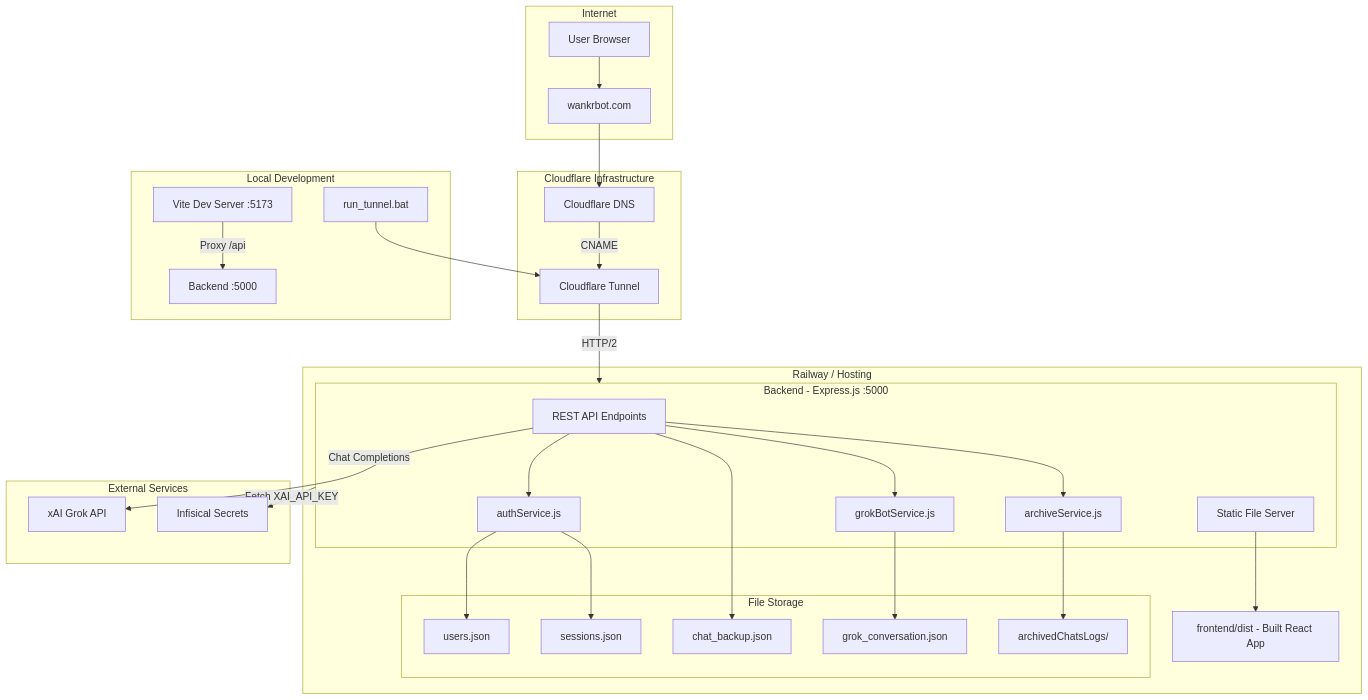
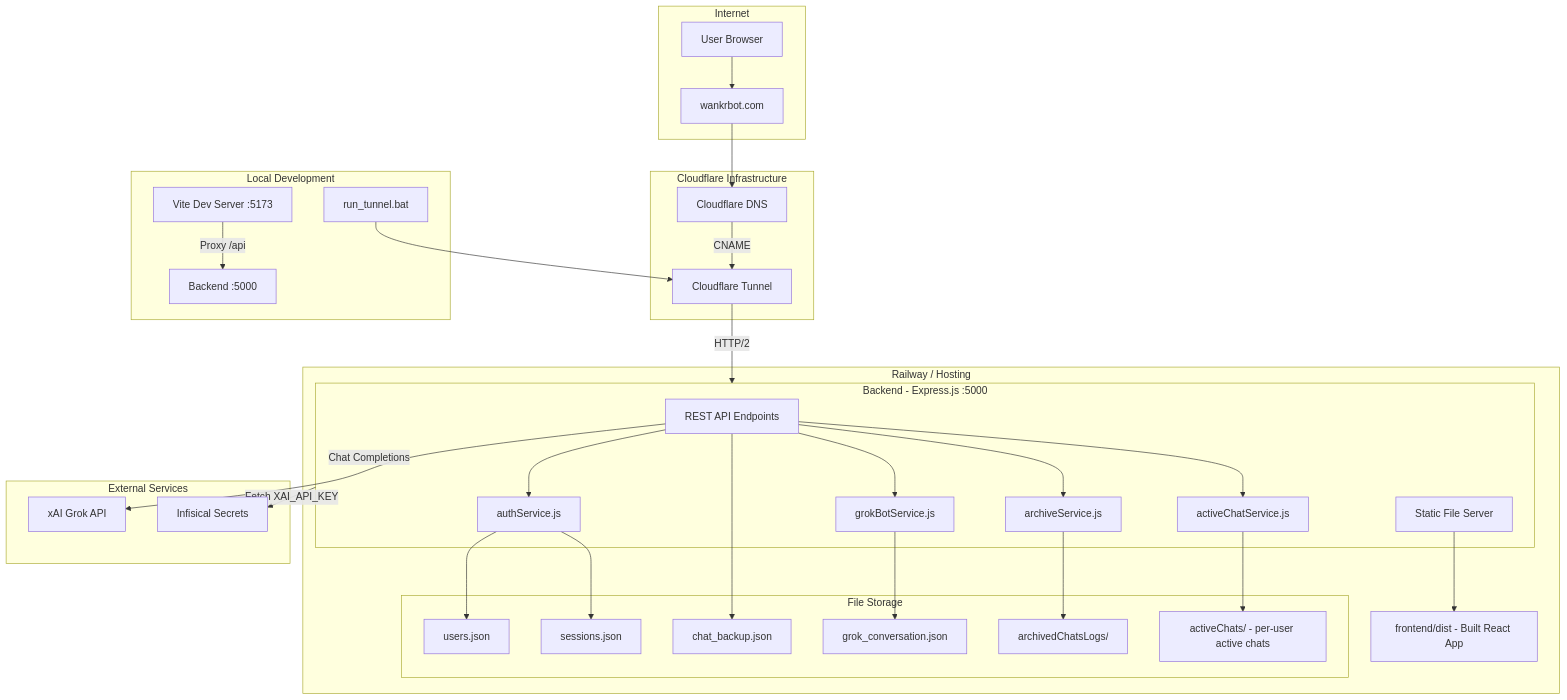
Before and after one commit to gitNoodler/wankr: the second of 4 diagrams in docs/ARCHITECTURE.md, drawn with Mermaid. The commit also changed other lines of this file and 1 other file, not shown here.

Commit message:
Docs: update ARCHITECTURE for spectator, activeChat, dev panel; add REDEPLOY_WANKRBOT

````diff
--- a/docs/ARCHITECTURE.md
+++ b/docs/ARCHITECTURE.md
@@ -48,65 +48,69 @@
 ```mermaid
 flowchart TB
     subgraph Internet [Internet]
         User[User Browser]
         Domain[wankrbot.com]
     end
     
     subgraph Cloudflare [Cloudflare Infrastructure]
         DNS[Cloudflare DNS]
         Tunnel[Cloudflare Tunnel]
     end
     
     subgraph Railway [Railway / Hosting]
         subgraph Backend [Backend - Express.js :5000]
             API[REST API Endpoints]
             AuthSvc[authService.js]
             GrokBot[grokBotService.js]
             ArchiveSvc[archiveService.js]
+            ActiveChatSvc[activeChatService.js]
             StaticServe[Static File Server]
         end
         
         subgraph Storage [File Storage]
             Users[users.json]
             Sessions[sessions.json]
             ChatBackup[chat_backup.json]
             GrokConvo[grok_conversation.json]
             Archives[archivedChatsLogs/]
+            ActiveChats[activeChats/ - per-user active chats]
         end
         
         FrontendDist[frontend/dist - Built React App]
     end
     
     subgraph External [External Services]
         xAI[xAI Grok API]
         Infisical[Infisical Secrets]
     end
     
     subgraph LocalDev [Local Development]
         DevFrontend[Vite Dev Server :5173]
         DevBackend[Backend :5000]
         TunnelBat[run_tunnel.bat]
     end
 
     User --> Domain
     Domain --> DNS
     DNS -->|CNAME| Tunnel
     Tunnel -->|HTTP/2| Backend
     
     StaticServe --> FrontendDist
     API --> AuthSvc
     API --> GrokBot
     API --> ArchiveSvc
+    API --> ActiveChatSvc
     
     AuthSvc --> Users
     AuthSvc --> Sessions
     GrokBot --> GrokConvo
     ArchiveSvc --> Archives
+    ActiveChatSvc --> ActiveChats
     API --> ChatBackup
     
     API -->|Chat Completions| xAI
     Backend -->|Fetch XAI_API_KEY| Infisical
     
     DevFrontend -->|Proxy /api| DevBackend
     TunnelBat --> Tunnel
 ```
````
